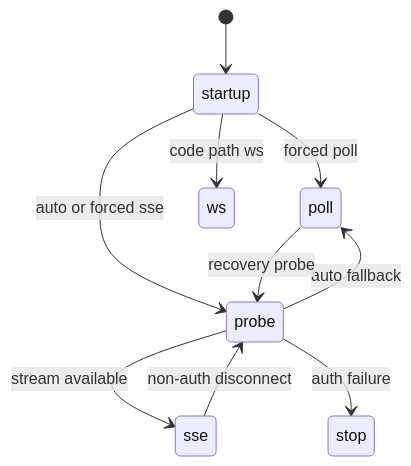
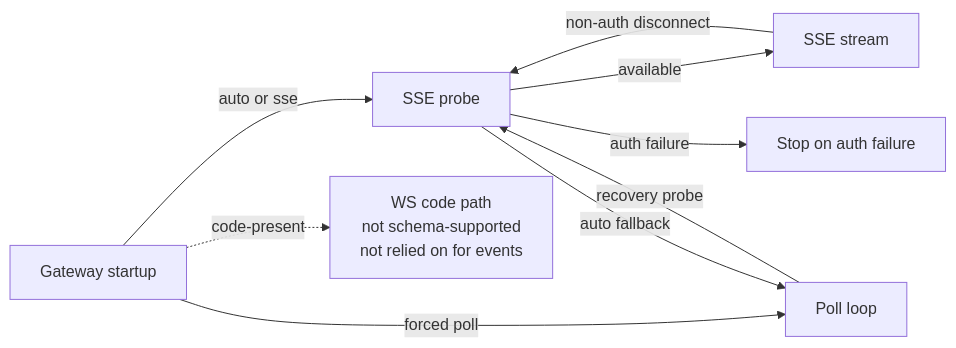
Before and after one commit to codetreker/borgee: the diagram in docs/current/plugin/transports.md, drawn with Mermaid. The commit also changed other lines of this file and 6 other files, not shown here.

````diff
--- a/docs/current/plugin/transports.md
+++ b/docs/current/plugin/transports.md
@@ -18,12 +18,18 @@
 ```mermaid
-stateDiagram-v2
-  [*] --> startup
-  startup --> poll: forced poll
-  startup --> ws: code path ws
-  startup --> probe: auto or forced sse
-  probe --> sse: stream available
-  probe --> poll: auto fallback
-  probe --> stop: auth failure
-  sse --> probe: non-auth disconnect
-  poll --> probe: recovery probe
+flowchart LR
+  startup[Gateway startup]
+  probe[SSE probe]
+  sse[SSE stream]
+  poll[Poll loop]
+  stop[Stop on auth failure]
+  ws[WS code path\nnot schema-supported\nnot relied on for events]
+
+  startup -->|auto or sse| probe
+  startup -->|forced poll| poll
+  probe -->|available| sse
+  probe -->|auto fallback| poll
+  probe -->|auth failure| stop
+  sse -->|non-auth disconnect| probe
+  poll -->|recovery probe| probe
+  startup -. code-present .-> ws
 ```
````
